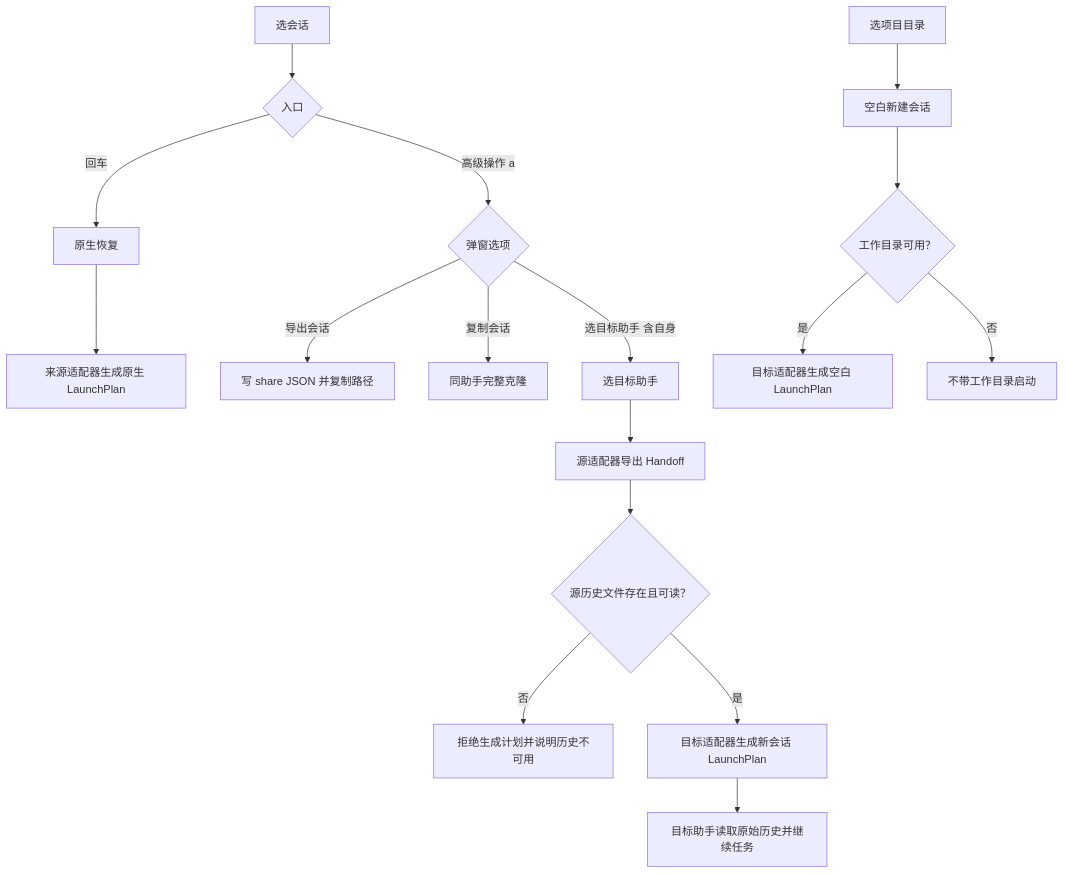
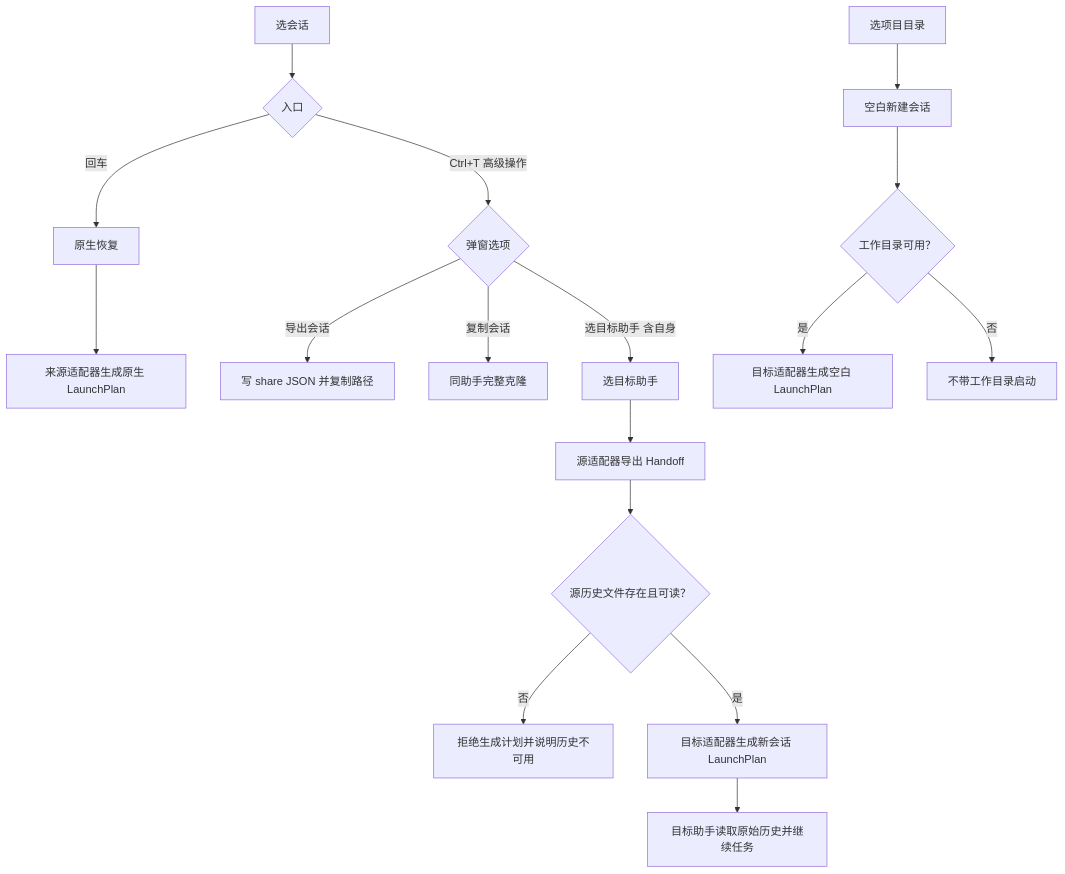
Before and after one commit to x0c/corral: the diagram in docs/CROSS_RUNTIME_HANDOFF_KNOWLEDGE_BASE.md, drawn with Mermaid. The commit also changed other lines of this file and 16 other files, not shown here.

````diff
--- a/docs/CROSS_RUNTIME_HANDOFF_KNOWLEDGE_BASE.md
+++ b/docs/CROSS_RUNTIME_HANDOFF_KNOWLEDGE_BASE.md
@@ -31,20 +31,20 @@
 ```mermaid
 flowchart TD
     A[选会话] --> B{入口}
     B -- 回车 --> C[原生恢复]
     C --> D[来源适配器生成原生 LaunchPlan]
-    B -- 高级操作 a --> P{弹窗选项}
+    B -- Ctrl+T 高级操作 --> P{弹窗选项}
     P -- 导出会话 --> Q[写 share JSON 并复制路径]
     P -- 复制会话 --> R[同助手完整克隆]
     P -- 选目标助手 含自身 --> E[选目标助手]
     E --> F[源适配器导出 Handoff]
     F --> G{源历史文件存在且可读？}
     G -- 否 --> H[拒绝生成计划并说明历史不可用]
     G -- 是 --> I[目标适配器生成新会话 LaunchPlan]
     I --> J[目标助手读取原始历史并继续任务]
 
     K[选项目目录] --> L[空白新建会话]
     L --> M{工作目录可用？}
     M -- 是 --> N[目标适配器生成空白 LaunchPlan]
     M -- 否 --> O[不带工作目录启动]
 ```
````
